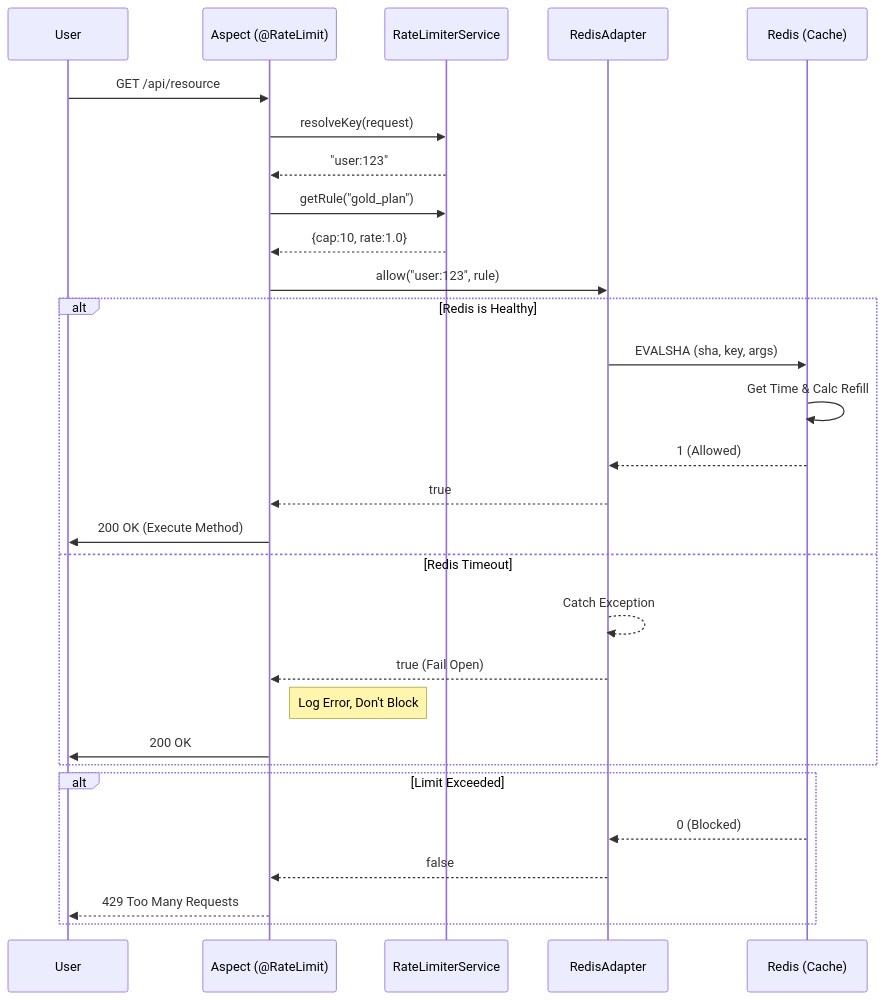
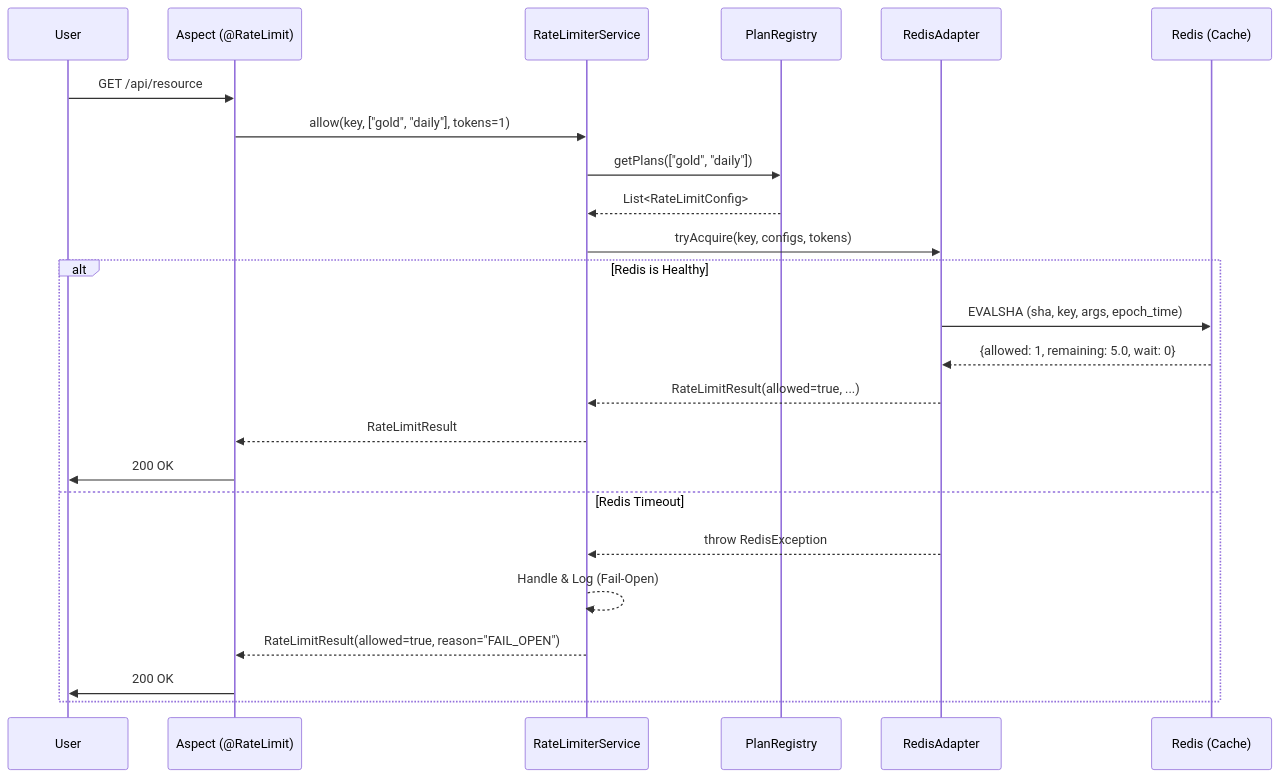
Before and after one commit to lokeshpusarla100/rate-limiter: the second of 3 diagrams in docs/context/design.md, drawn with Mermaid. The commit also changed other lines of this file and 32 other files, not shown here.

First line of the commit message:
Refactor rate limiting logic to support atomic chained limits and request weighting

````diff
--- a/docs/context/design.md
+++ b/docs/context/design.md
@@ -43,35 +43,30 @@
 ```mermaid
 sequenceDiagram
     participant U as User
     participant A as Aspect (@RateLimit)
     participant S as RateLimiterService
+    participant P as PlanRegistry
     participant R as RedisAdapter
     participant DB as Redis (Cache)
 
     U->>A: GET /api/resource
-    A->>S: resolveKey(request)
-    S-->>A: "user:123"
-    A->>S: getRule("gold_plan")
-    S-->>A: {cap:10, rate:1.0}
+    A->>S: allow(key, ["gold", "daily"], tokens=1)
     
-    A->>R: allow("user:123", rule)
+    S->>P: getPlans(["gold", "daily"])
+    P-->>S: List<RateLimitConfig>
+    
+    S->>R: tryAcquire(key, configs, tokens)
     
     alt Redis is Healthy
-        R->>DB: EVALSHA (sha, key, args)
-        DB->>DB: Get Time & Calc Refill
-        DB-->>R: 1 (Allowed)
-        R-->>A: true
-        A->>U: 200 OK (Execute Method)
+        R->>DB: EVALSHA (sha, key, args, epoch_time)
+        DB-->>R: {allowed: 1, remaining: 5.0, wait: 0}
+        R-->>S: RateLimitResult(allowed=true, ...)
+        S-->>A: RateLimitResult
+        A->>U: 200 OK
     else Redis Timeout
-        R-->>R: Catch Exception
-        R-->>A: true (Fail Open)
-        note right of A: Log Error, Don't Block
+        R-->>S: throw RedisException
+        S-->>S: Handle & Log (Fail-Open)
+        S-->>A: RateLimitResult(allowed=true, reason="FAIL_OPEN")
         A->>U: 200 OK
     end
-    
-    alt Limit Exceeded
-        DB-->>R: 0 (Blocked)
-        R-->>A: false
-        A-->>U: 429 Too Many Requests
-    end
 ```
````
